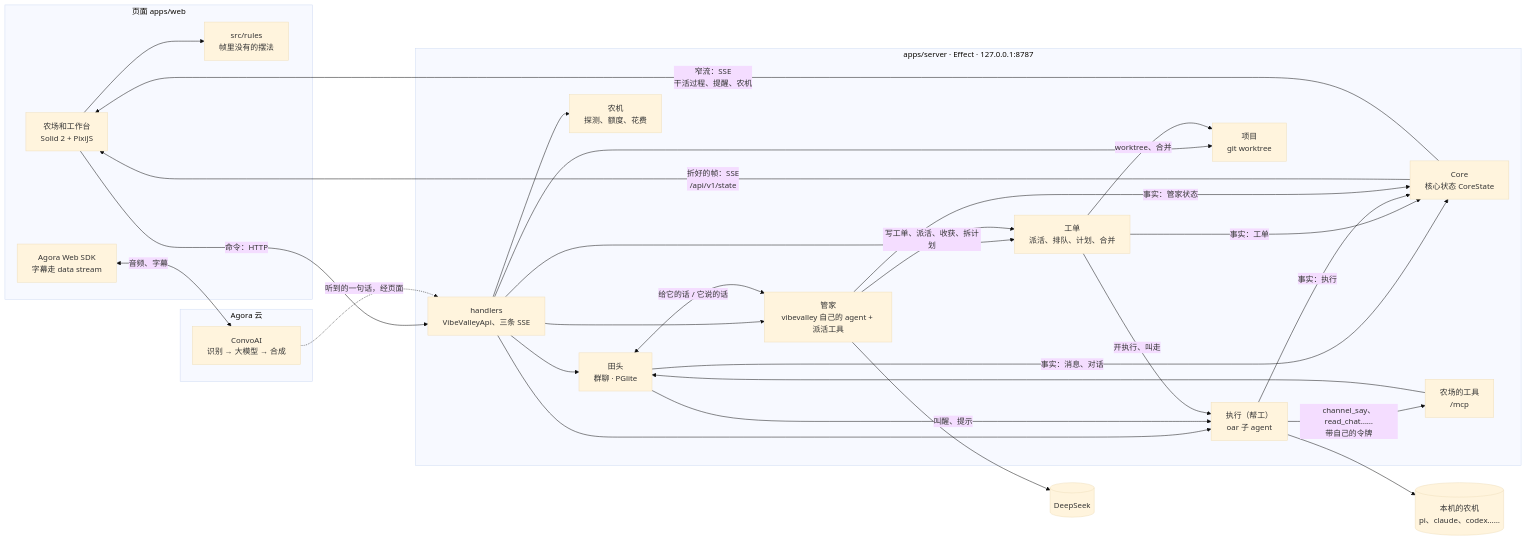
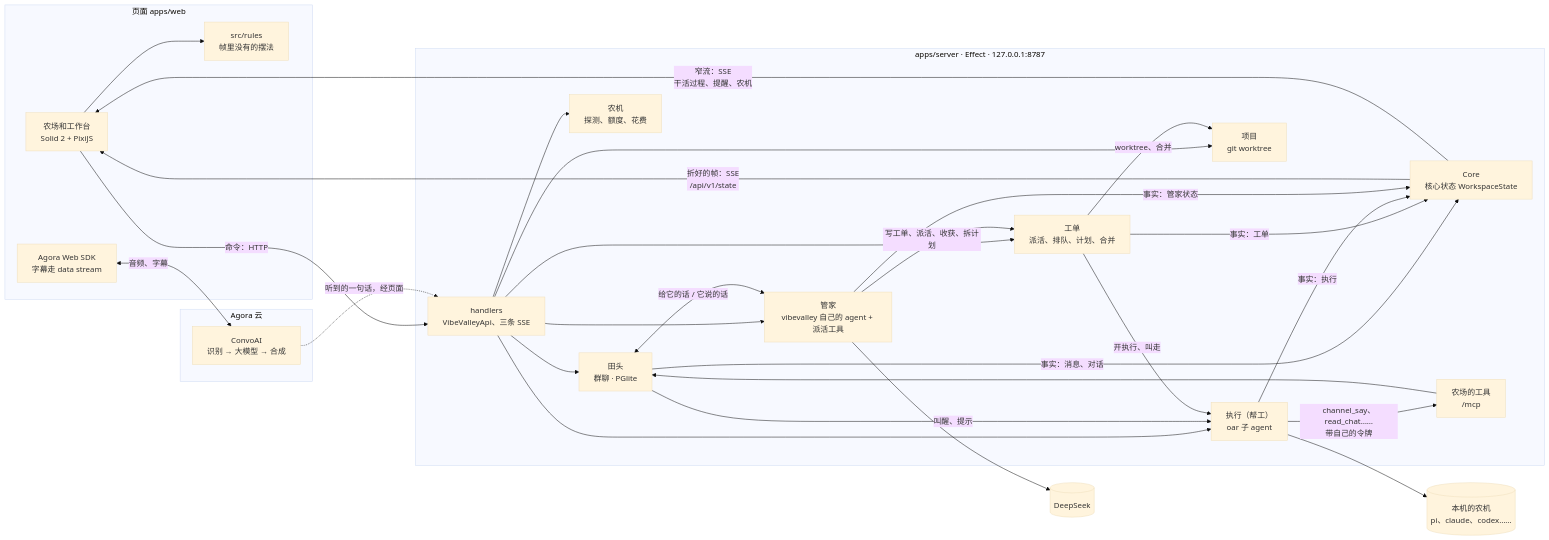
The diagram in docs/architecture.md (vibevalleyhq/vibevalley), drawn with Mermaid (base theme) before and after one commit. The commit also changed other lines of this file and 387 other files, not shown here.

````diff
--- a/docs/architecture.md
+++ b/docs/architecture.md
@@ -5,48 +5,48 @@
 ```mermaid
 flowchart LR
   subgraph Page[页面 apps/web]
     UI[农场和工作台<br/>Solid 2 + PixiJS]
     RULES[src/rules<br/>帧里没有的摆法]
     RTC[Agora Web SDK<br/>字幕走 data stream]
   end
 
   subgraph Server[apps/server · Effect · 127.0.0.1:8787]
     API[handlers<br/>VibeValleyApi、三条 SSE]
-    SITE[Core<br/>核心状态 CoreState]
+    SITE[Core<br/>核心状态 WorkspaceState]
     FM[管家<br/>vibevalley 自己的 agent + 派活工具]
     CHAT[田头<br/>群聊 · PGlite]
     MCP[农场的工具<br/>/mcp]
     TK[工单<br/>派活、排队、计划、合并]
     CREW[执行（帮工）<br/>oar 子 agent]
     PRJ[项目<br/>git worktree]
     RT[农机<br/>探测、额度、花费]
   end
 
   subgraph Agora[Agora 云]
     CAI[ConvoAI<br/>识别 → 大模型 → 合成]
   end
 
   AGENTS[(本机的农机<br/>pi、claude、codex……)]
   DS[(DeepSeek)]
 
   UI --> RULES
   UI -->|命令：HTTP| API
   SITE -->|折好的帧：SSE<br/>/api/v1/state| UI
   SITE -->|窄流：SSE<br/>干活过程、提醒、农机| UI
   API --> CHAT & FM & TK & CREW & PRJ & RT
   CHAT <-->|给它的话 / 它说的话| FM
   CHAT -->|叫醒、提示| CREW
   CREW -->|channel_say、read_chat……<br/>带自己的令牌| MCP
   MCP --> CHAT
   FM -->|写工单、派活、收获、拆计划| TK
   TK -->|开执行、叫走| CREW
   TK -->|worktree、合并| PRJ
   CREW --> AGENTS
   FM --> DS
   CHAT -->|事实：消息、对话| SITE
   TK -->|事实：工单| SITE
   CREW -->|事实：执行| SITE
   FM -->|事实：管家状态| SITE
   RTC <-->|音频、字幕| CAI
   CAI -.->|听到的一句话，经页面| API
 ```
````
